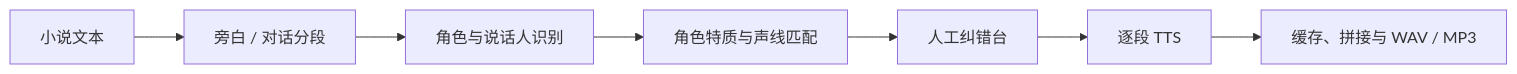
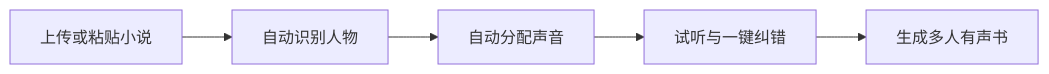
The diagram in README.md (mungbean138516-jpg/multi-character-_text_to_speech), drawn with Mermaid before and after one commit. The commit also changed other lines of this file and 19 other files, not shown here.

Commit message:
Refocus VoxCast on consumer audiobook flow

````diff
--- a/README.md
+++ b/README.md
@@ -9,9 +9,7 @@
 ```mermaid
 flowchart LR
-    A["小说文本"] --> B["旁白 / 对话分段"]
-    B --> C["角色与说话人识别"]
-    C --> D["角色特质与声线匹配"]
-    D --> E["人工纠错台"]
-    E --> F["逐段 TTS"]
-    F --> G["缓存、拼接与 WAV / MP3"]
+    A["上传或粘贴小说"] --> B["自动识别人物"]
+    B --> C["自动分配声音"]
+    C --> D["试听与一键纠错"]
+    D --> E["生成多人有声书"]
 ```
````
